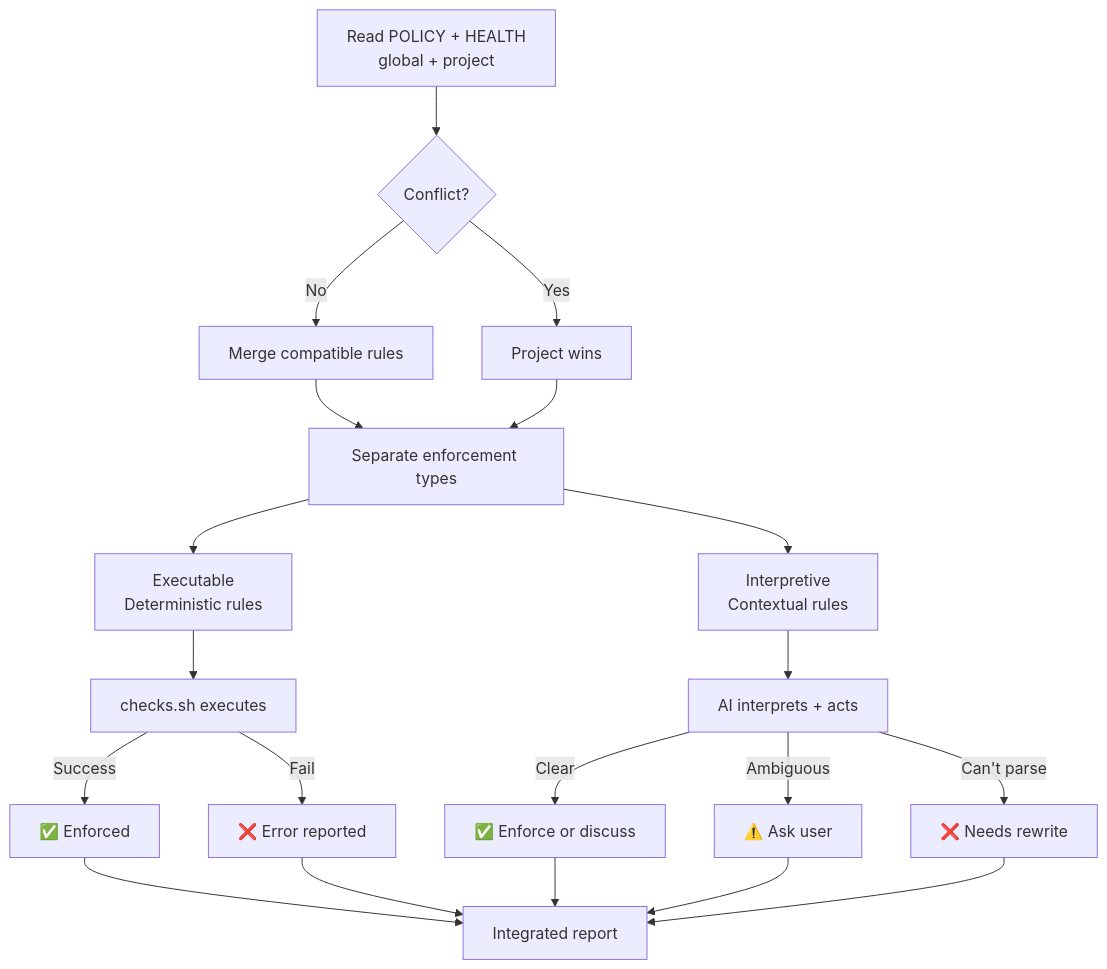
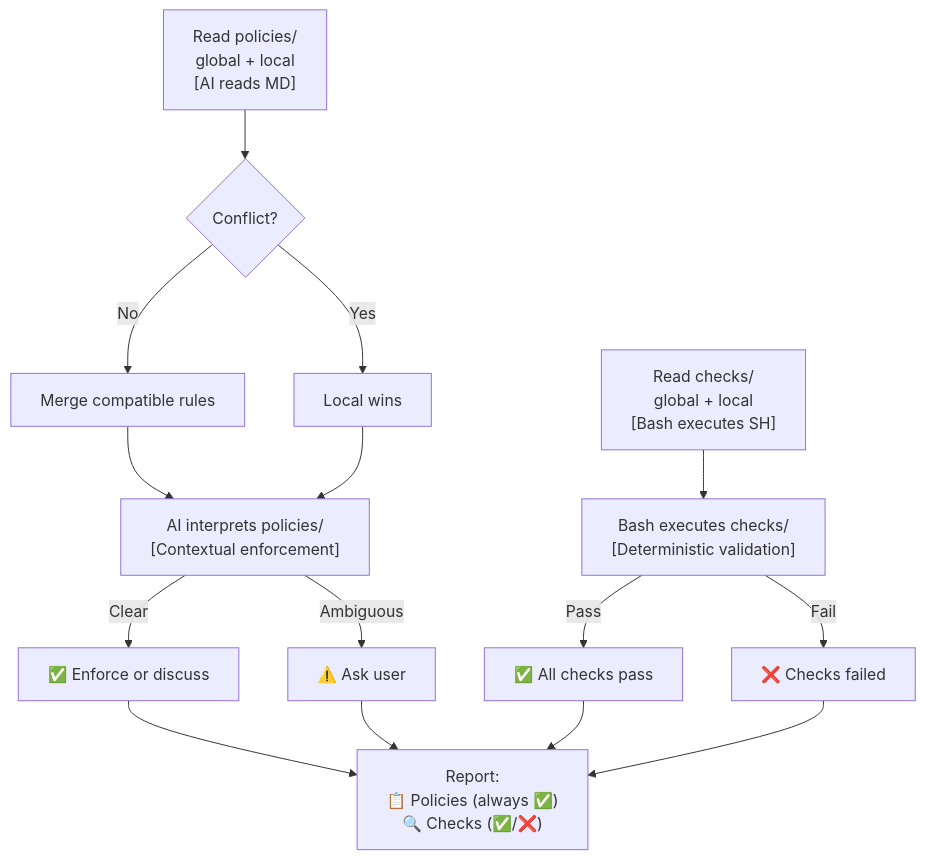
The first of 4 diagrams in skills/backstage/SKILL.md (nonlinear/backstage), drawn with Mermaid before and after one commit. The commit also changed other lines of this file, not shown here.

Commit message:
Update SKILL.md diagrams: POLICY/HEALTH → policies/checks folders

````diff
--- a/skills/backstage/SKILL.md
+++ b/skills/backstage/SKILL.md
@@ -69,46 +69,38 @@
 ```mermaid
 flowchart TD
-    START[Read POLICY + HEALTH<br/>global + project]
+    READ_POL["Read policies/<br/>global + local<br/>[AI reads MD]"]
+    READ_CHK["Read checks/<br/>global + local<br/>[Bash executes SH]"]
+    
     CONFLICT{Conflict?}
     MERGE[Merge compatible rules]
-    PROJECT[Project wins]
+    LOCAL[Local wins]
     
-    SEPARATE[Separate enforcement types]
-    EXEC[Executable<br/>Deterministic rules]
-    INTERP[Interpretive<br/>Contextual rules]
+    AI["AI interprets policies/<br/>[Contextual enforcement]"]
+    SH["Bash executes checks/<br/>[Deterministic validation]"]
     
-    SH[checks.sh executes]
-    SH_OK[✅ Enforced]
-    SH_FAIL[❌ Error reported]
-    
-    AI[AI interprets + acts]
     AI_ACT[✅ Enforce or discuss]
     AI_AMBIG[⚠️ Ask user]
-    AI_FAIL[❌ Needs rewrite]
     
-    REPORT[Integrated report]
+    SH_OK[✅ All checks pass]
+    SH_FAIL[❌ Checks failed]
     
-    START --> CONFLICT
+    REPORT["Report:<br/>📋 Policies (always ✅)<br/>🔍 Checks (✅/❌)"]
+    
+    READ_POL --> CONFLICT
     CONFLICT -->|No| MERGE
-    CONFLICT -->|Yes| PROJECT
-    MERGE --> SEPARATE
-    PROJECT --> SEPARATE
+    CONFLICT -->|Yes| LOCAL
+    MERGE --> AI
+    LOCAL --> AI
     
-    SEPARATE --> EXEC
-    SEPARATE --> INTERP
+    AI -->|Clear| AI_ACT
+    AI -->|Ambiguous| AI_AMBIG
     
-    EXEC --> SH
-    SH -->|Success| SH_OK
+    READ_CHK --> SH
+    SH -->|Pass| SH_OK
     SH -->|Fail| SH_FAIL
     
-    INTERP --> AI
-    AI -->|Clear| AI_ACT
-    AI -->|Ambiguous| AI_AMBIG
-    AI -->|Can't parse| AI_FAIL
-    
+    AI_ACT --> REPORT
+    AI_AMBIG --> REPORT
     SH_OK --> REPORT
     SH_FAIL --> REPORT
-    AI_ACT --> REPORT
-    AI_AMBIG --> REPORT
-    AI_FAIL --> REPORT
 ```
````
